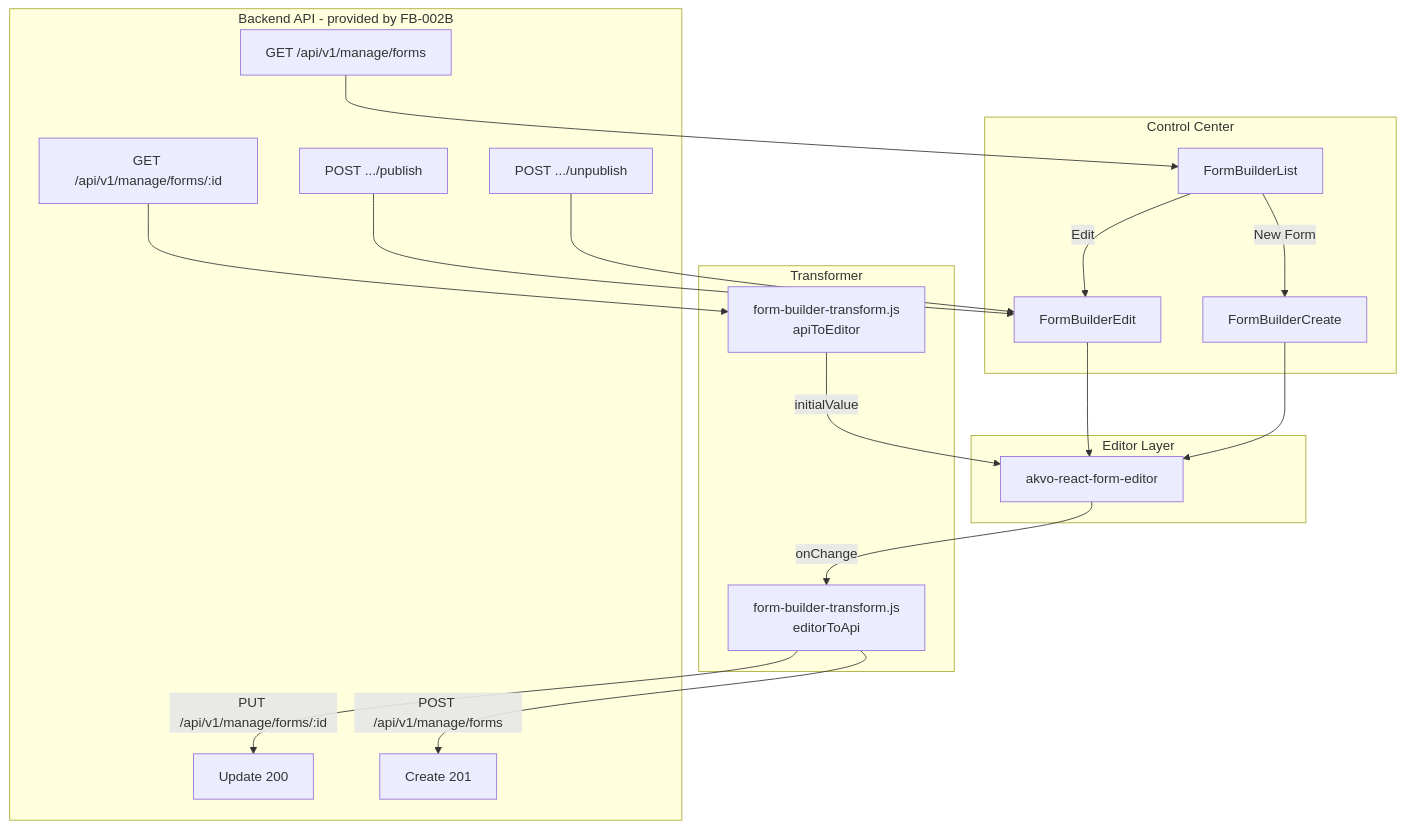
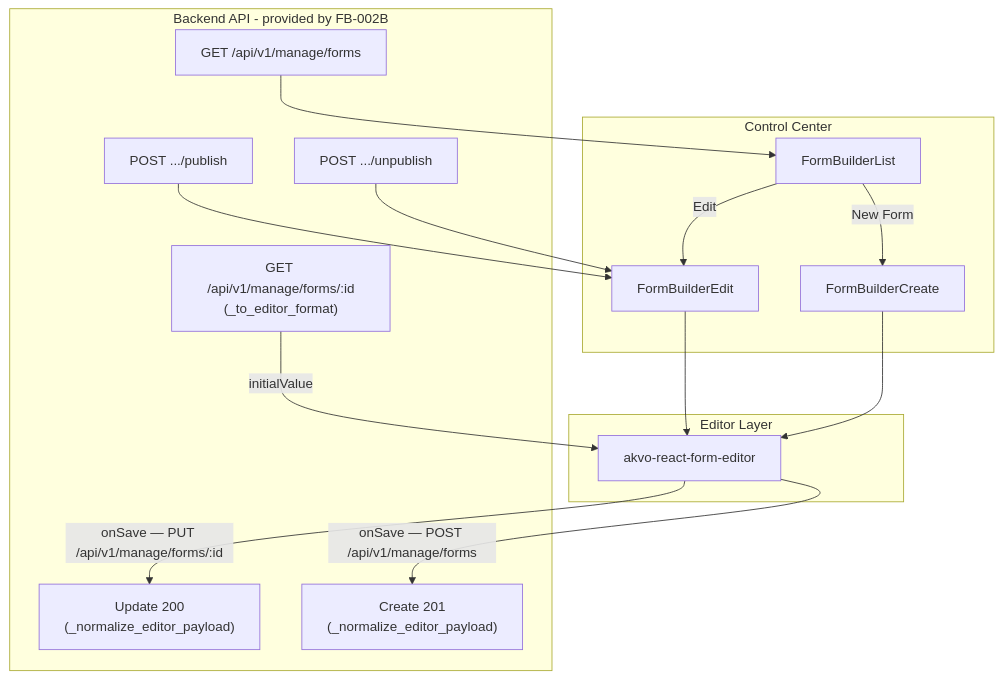
One commit to akvo/akvo-mis changed the first of 4 diagrams in doc/design/FB-003-form-builder-frontend-integration.md. Above: the diagram before and after it, drawn with Mermaid. The commit also changed other lines of this file and 8 other files, not shown here.

First line of the commit message:
[#228] Integrate akvo-react-form-editor with monitoring form support

````diff
--- a/doc/design/FB-003-form-builder-frontend-integration.md
+++ b/doc/design/FB-003-form-builder-frontend-integration.md
@@ -134,26 +150,21 @@
 ```mermaid
 flowchart TD
     subgraph Control Center
         A[FormBuilderList] -->|New Form| B[FormBuilderCreate]
         A -->|Edit| C[FormBuilderEdit]
     end
 
     subgraph Editor Layer
         B --> E[akvo-react-form-editor]
         C --> E
     end
 
-    subgraph Transformer
-        E -->|onChange| T[form-builder-transform.js\neditorToApi]
-        T2[form-builder-transform.js\napiToEditor] -->|initialValue| E
-    end
-
     subgraph Backend API - provided by FB-002B
-        T -->|POST /api/v1/manage/forms| F[Create 201]
-        T -->|PUT /api/v1/manage/forms/:id| G[Update 200]
+        E -->|onSave — POST /api/v1/manage/forms| F["Create 201\n(_normalize_editor_payload)"]
+        E -->|onSave — PUT /api/v1/manage/forms/:id| G["Update 200\n(_normalize_editor_payload)"]
         H[GET /api/v1/manage/forms] --> A
-        I[GET /api/v1/manage/forms/:id] --> T2
+        I["GET /api/v1/manage/forms/:id\n(_to_editor_format)"] -->|initialValue| E
         J[POST .../publish] --> C
         K[POST .../unpublish] --> C
     end
 ```
````
